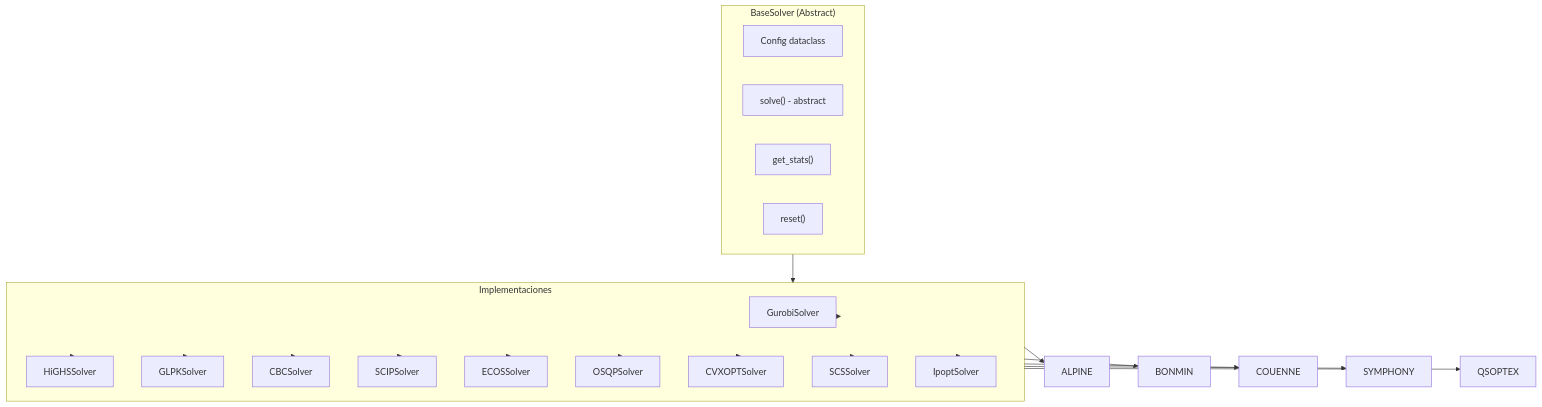
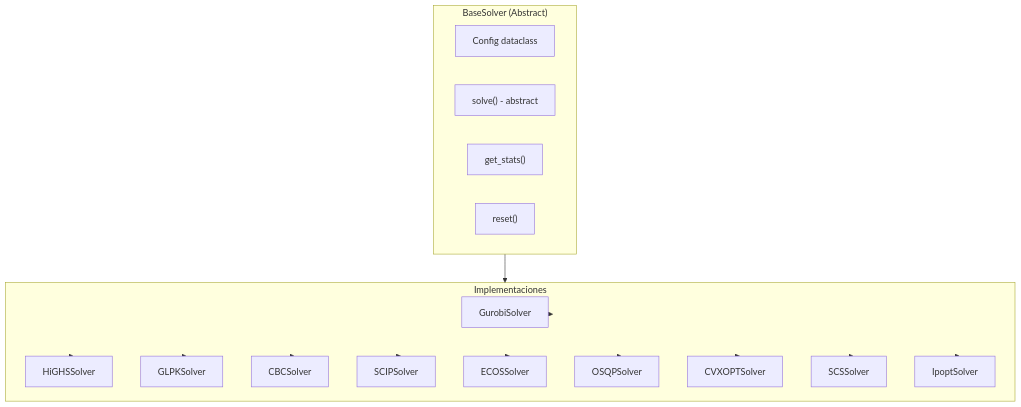
Before and after one commit to Jesus-MMM/ISLA-LP-Benchmark: the fifth of 35 diagrams in README.md, drawn with Mermaid. The commit also changed other lines of this file and 4 other files, not shown here.

````diff
--- a/README.md
+++ b/README.md
@@ -315,39 +320,35 @@
 ```mermaid
 flowchart TB
     subgraph BASE["BaseSolver (Abstract)"]
         CONFIG["Config dataclass"]
         SOLVE["solve() - abstract"]
         STATS["get_stats()"]
         RESET["reset()"]
     end
     
     subgraph IMPLEMENTATIONS["Implementaciones"]
         GUROBI["GurobiSolver"]
         HIGHS["HiGHSSolver"]
         GLPK["GLPKSolver"]
         CBC["CBCSolver"]
         SCIP["SCIPSolver"]
         ECOS["ECOSSolver"]
         OSQP["OSQPSolver"]
         CVXOPT["CVXOPTSolver"]
         SCS["SCSSolver"]
         IPOPT["IpoptSolver"]
     end
     
     BASE --> IMPLEMENTATIONS
     IMPLEMENTATIONS --> GUROBI
     IMPLEMENTATIONS --> HIGHS
     IMPLEMENTATIONS --> GLPK
     IMPLEMENTATIONS --> CBC
     IMPLEMENTATIONS --> SCIP
     IMPLEMENTATIONS --> ECOS
     IMPLEMENTATIONS --> OSQP
     IMPLEMENTATIONS --> CVXOPT
     IMPLEMENTATIONS --> SCS
     IMPLEMENTATIONS --> IPOPT
-    IMPLEMENTATIONS --> ALPINE
-    IMPLEMENTATIONS --> BONMIN
-    IMPLEMENTATIONS --> COUENNE
-    IMPLEMENTATIONS --> SYMPHONY
-    IMPLEMENTATIONS --> QSOPTEX
+
 ```
````
